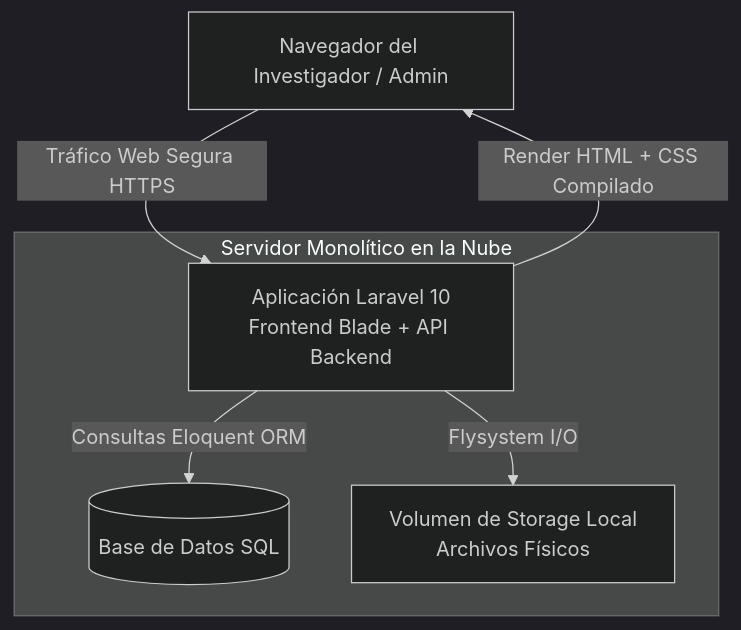
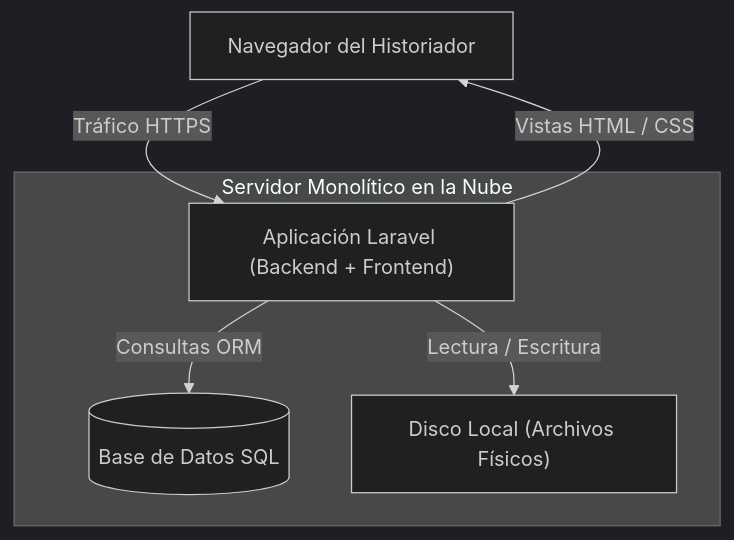
The first of 5 diagrams in README.md (TLShinobi/SGC), drawn with Mermaid (dark theme) before and after one commit. The commit also changed other lines of this file, not shown here.

Commit message:
Arreglo de Diagramas

````diff
--- a/README.md
+++ b/README.md
@@ -16,15 +15,15 @@
 ```mermaid
 flowchart TD
-    Cliente[Navegador del Investigador / Admin]
+    Cliente["Navegador del Historiador"]
     
-    subgraph Cloud_Server [Servidor Monolítico en la Nube]
-        Laravel[Aplicación Laravel 10<br>Frontend Blade + API Backend]
-        PostgreSQL[(Base de Datos SQL)]
-        LocalVol[Volumen de Storage Local<br>Archivos Físicos]
+    subgraph Servidor_Nube ["Servidor Monolítico en la Nube"]
+        Laravel["Aplicación Laravel (Backend + Frontend)"]
+        PostgreSQL[("Base de Datos SQL")]
+        LocalVol["Disco Local (Archivos Físicos)"]
     end
     
-    Cliente -- "Tráfico Web Segura HTTPS" --> Laravel
-    Laravel -- "Render HTML + CSS Compilado" --> Cliente
-    Laravel -- "Consultas Eloquent ORM" --> PostgreSQL
-    Laravel -- "Flysystem I/O" --> LocalVol
+    Cliente -->|"Tráfico HTTPS"| Laravel
+    Laravel -->|"Vistas HTML / CSS"| Cliente
+    Laravel -->|"Consultas ORM"| PostgreSQL
+    Laravel -->|"Lectura / Escritura"| LocalVol
 ```
````
